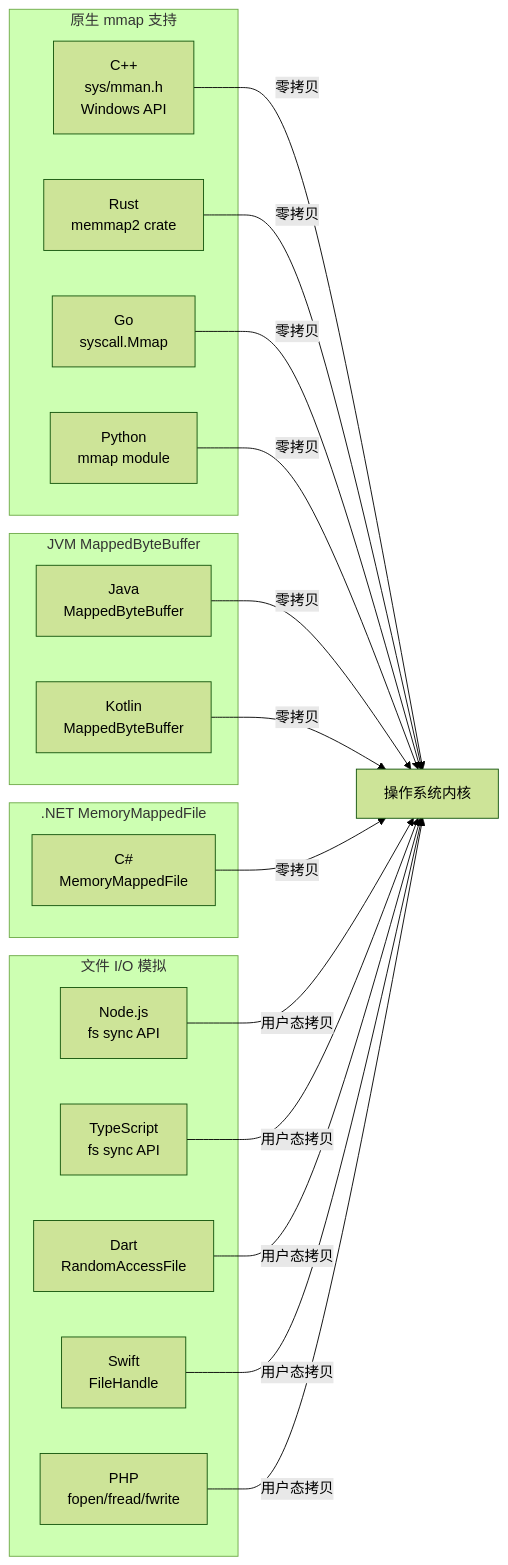
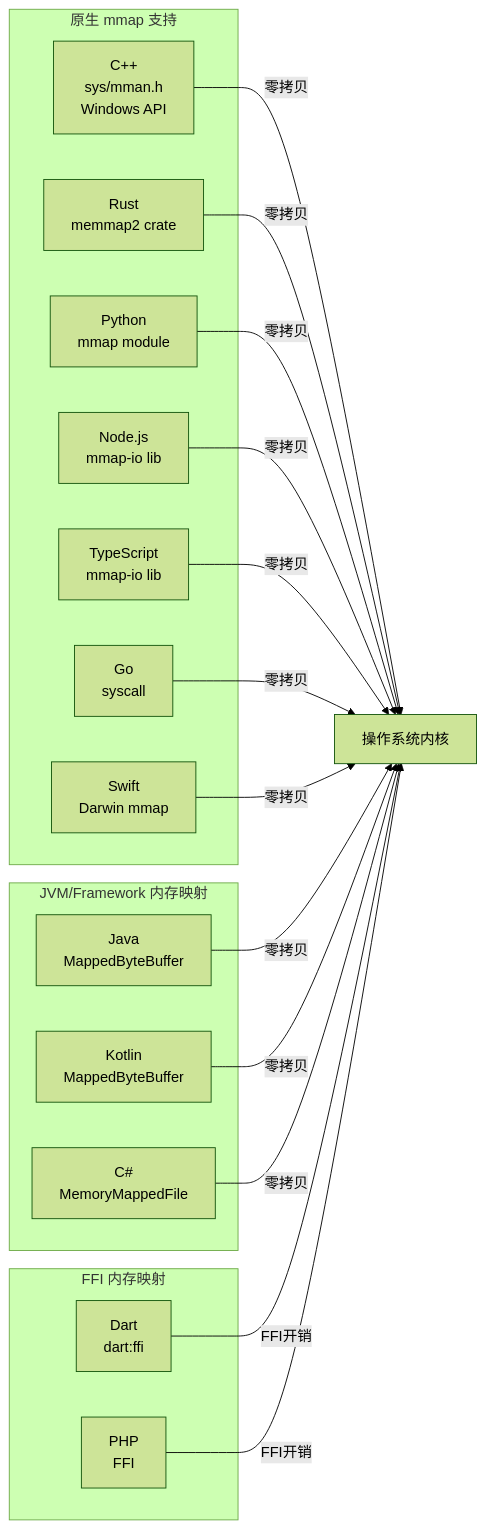
Before and after one commit to feuyeux/hello-audio-stream: the fourth of 19 diagrams in doc/mmap.md, drawn with Mermaid (forest theme). The commit also changed other lines of this file and 205 other files, not shown here.

````diff
--- a/doc/mmap.md
+++ b/doc/mmap.md
@@ -155,39 +155,36 @@
 ```mermaid
 graph LR
     subgraph "原生 mmap 支持"
         CPP[C++<br/>sys/mman.h<br/>Windows API]
         RUST[Rust<br/>memmap2 crate]
-        GO[Go<br/>syscall.Mmap]
         PYTHON[Python<br/>mmap module]
+        NODEJS[Node.js<br/>mmap-io lib]
+        TS[TypeScript<br/>mmap-io lib]
+        GO[Go<br/>syscall]
+        SWIFT[Swift<br/>Darwin mmap]
     end
     
-    subgraph "JVM MappedByteBuffer"
+    subgraph "JVM/Framework 内存映射"
         JAVA[Java<br/>MappedByteBuffer]
         KOTLIN[Kotlin<br/>MappedByteBuffer]
-    end
-    
-    subgraph ".NET MemoryMappedFile"
         CSHARP[C#<br/>MemoryMappedFile]
     end
     
-    subgraph "文件 I/O 模拟"
-        NODEJS[Node.js<br/>fs sync API]
-        TS[TypeScript<br/>fs sync API]
-        DART[Dart<br/>RandomAccessFile]
-        SWIFT[Swift<br/>FileHandle]
-        PHP[PHP<br/>fopen/fread/fwrite]
+    subgraph "FFI 内存映射"
+        DART[Dart<br/>dart:ffi]
+        PHP[PHP<br/>FFI]
     end
     
     CPP --> |零拷贝| KERNEL[操作系统内核]
     RUST --> |零拷贝| KERNEL
+    PYTHON --> |零拷贝| KERNEL
+    NODEJS --> |零拷贝| KERNEL
+    TS --> |零拷贝| KERNEL
     GO --> |零拷贝| KERNEL
-    PYTHON --> |零拷贝| KERNEL
+    SWIFT --> |零拷贝| KERNEL
     JAVA --> |零拷贝| KERNEL
     KOTLIN --> |零拷贝| KERNEL
     CSHARP --> |零拷贝| KERNEL
-    NODEJS --> |用户态拷贝| KERNEL
-    TS --> |用户态拷贝| KERNEL
-    DART --> |用户态拷贝| KERNEL
-    SWIFT --> |用户态拷贝| KERNEL
-    PHP --> |用户态拷贝| KERNEL
+    DART --> |FFI开销| KERNEL
+    PHP --> |FFI开销| KERNEL
 ```
````
